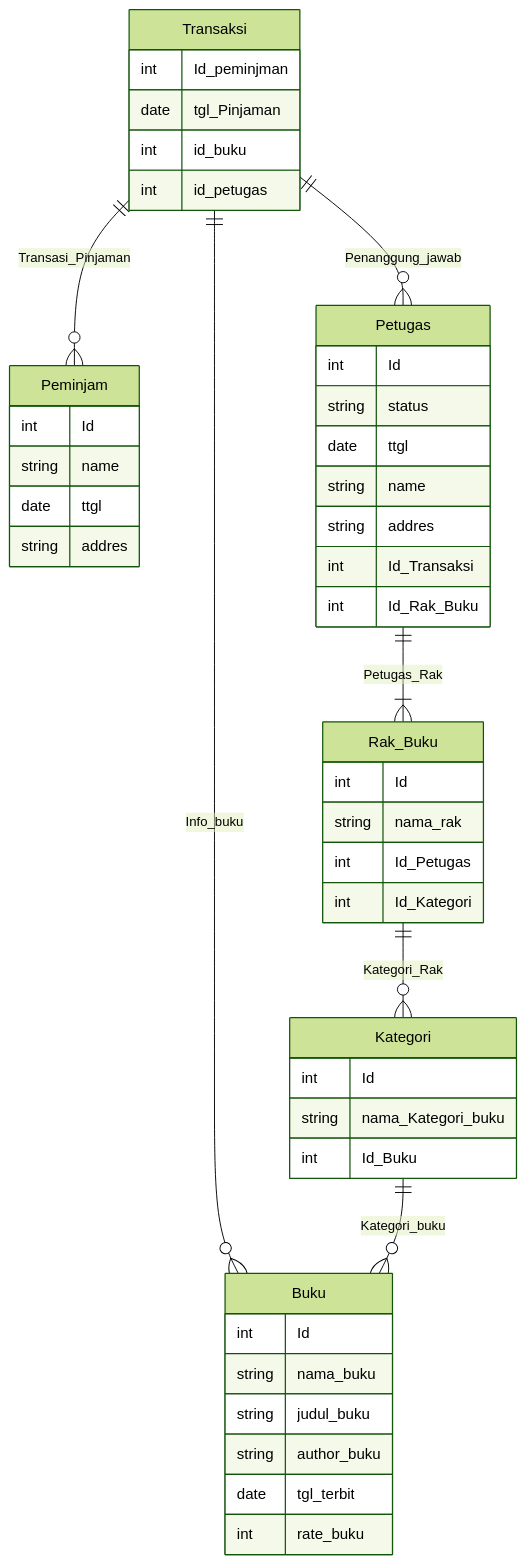
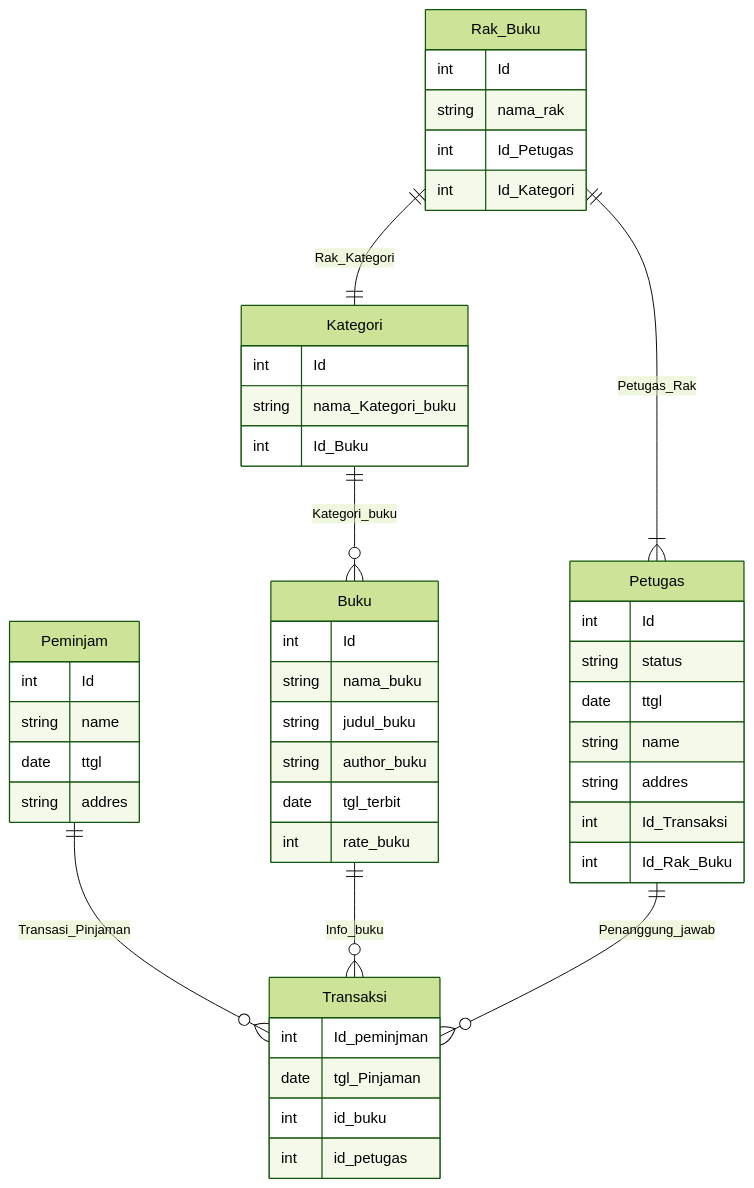
The diagram in readme.md (fatawaimamalmuftin/koda-b8-db1), drawn with Mermaid (forest theme) before and after one commit.

Commit message:
refactor: changes cardinal

````diff
--- a/readme.md
+++ b/readme.md
@@ -1,61 +1,61 @@
 ```mermaid 
 erDiagram
     Peminjam{
         int Id
         string name
         date ttgl
         string addres
     }
 
     Transaksi{
         int Id_peminjman
         date tgl_Pinjaman
         int id_buku
         int id_petugas
     }
 
     Petugas{
         int Id
         string status
         date ttgl
         string name
         string addres
         int Id_Transaksi
         int Id_Rak_Buku
     }
 
     Rak_Buku{
         int Id
         string nama_rak
         int Id_Petugas
         int Id_Kategori
     }
 
     Kategori{
         int Id
         string nama_Kategori_buku
         int Id_Buku
     }
 
     Buku{
         int Id
         string nama_buku
         string judul_buku
         string author_buku
         date tgl_terbit
         int rate_buku
     }
 
-    Transaksi ||--o{ Peminjam : Transasi_Pinjaman
+    Peminjam ||--o{ Transaksi : Transasi_Pinjaman
 
-    Transaksi ||--o{ Buku : Info_buku
+    Buku ||--o{ Transaksi : Info_buku
 
-    Transaksi ||--o{ Petugas : Penanggung_jawab
+    Petugas ||--o{ Transaksi : Penanggung_jawab
 
     Kategori ||--o{ Buku : Kategori_buku
 
-    Rak_Buku ||--o{ Kategori : Kategori_Rak
+    Rak_Buku ||--|| Kategori : Rak_Kategori
 
-    Petugas ||--|{ Rak_Buku : Petugas_Rak
+    Rak_Buku ||--|{ Petugas : Petugas_Rak
 
 ```
````
